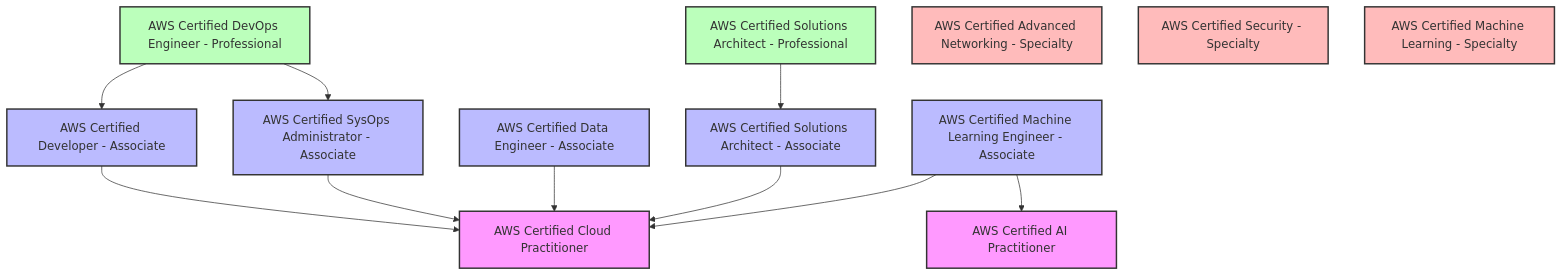
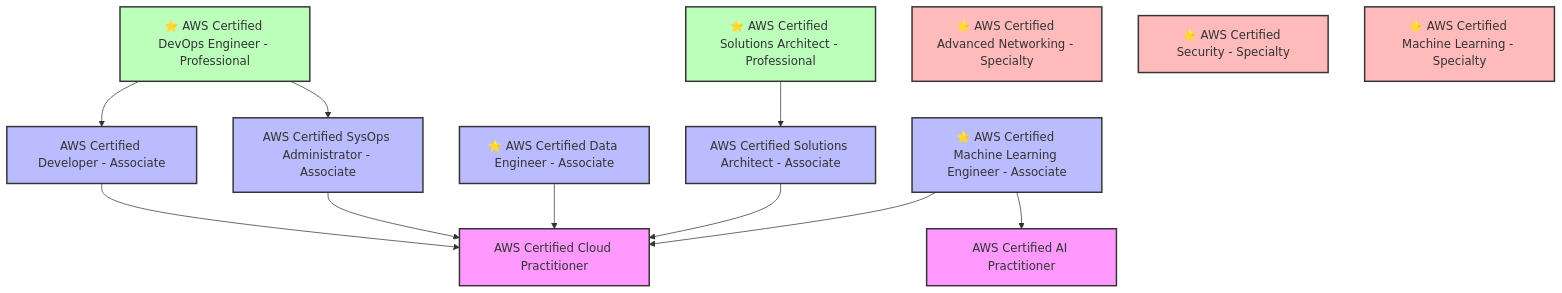
Before and after one commit to dodonki1223/articles: the first of 2 diagrams in 24_AWS認定は投資か浪費か？全冠から見えた価値とは？.md, drawn with Mermaid. The commit also changed other lines of this file, not shown here.

````diff
--- a/24_AWS認定は投資か浪費か？全冠から見えた価値とは？.md
+++ b/24_AWS認定は投資か浪費か？全冠から見えた価値とは？.md
@@ -193,46 +196,46 @@
 ```mermaid
 flowchart TD
     %% Foundational Level
     CLF[AWS Certified Cloud Practitioner]
     AIF[AWS Certified AI Practitioner]
 
     %% Associate Level
     SAA[AWS Certified Solutions Architect - Associate]
     DVA[AWS Certified Developer - Associate]
     SOA[AWS Certified SysOps Administrator - Associate]
-    DEA[AWS Certified Data Engineer - Associate]
-    MLA[AWS Certified Machine Learning Engineer - Associate]
+    DEA[⭐️ AWS Certified Data Engineer - Associate]
+    MLA[⭐️ AWS Certified Machine Learning Engineer - Associate]
 
     %% Professional Level
-    SAP[AWS Certified Solutions Architect - Professional]
-    DOP[AWS Certified DevOps Engineer - Professional]
+    SAP[⭐️ AWS Certified Solutions Architect - Professional]
+    DOP[⭐️ AWS Certified DevOps Engineer - Professional]
 
     %% Specialty Level
-    ANS[AWS Certified Advanced Networking - Specialty]
-    SCS[AWS Certified Security - Specialty]
-    MLS[AWS Certified Machine Learning - Specialty]
+    ANS[⭐️ AWS Certified Advanced Networking - Specialty]
+    SCS[⭐️ AWS Certified Security - Specialty]
+    MLS[⭐️ AWS Certified Machine Learning - Specialty]
 
     %% Relation
     SAP --> SAA[AWS Certified Solutions Architect - Associate]
     DOP --> DVA[AWS Certified Developer - Associate]
     DOP --> SOA[AWS Certified SysOps Administrator - Associate]
 
     DVA --> CLF
     SOA --> CLF
     DEA --> CLF
     SAA --> CLF
     MLA --> CLF
 
     MLA --> AIF
 
     %% Styling
     classDef foundational fill:#f9f,stroke:#333,stroke-width:2px
     classDef associate fill:#bbf,stroke:#333,stroke-width:2px
     classDef professional fill:#bfb,stroke:#333,stroke-width:2px
     classDef specialty fill:#fbb,stroke:#333,stroke-width:2px
 
     class CLF,AIF foundational
     class SAA,DVA,SOA,DEA,MLA associate
     class SAP,DOP professional
     class ANS,SCS,MLS specialty
 ```
````
